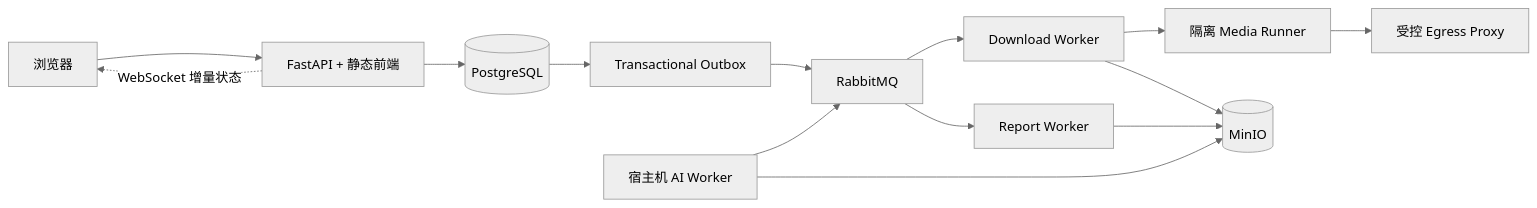
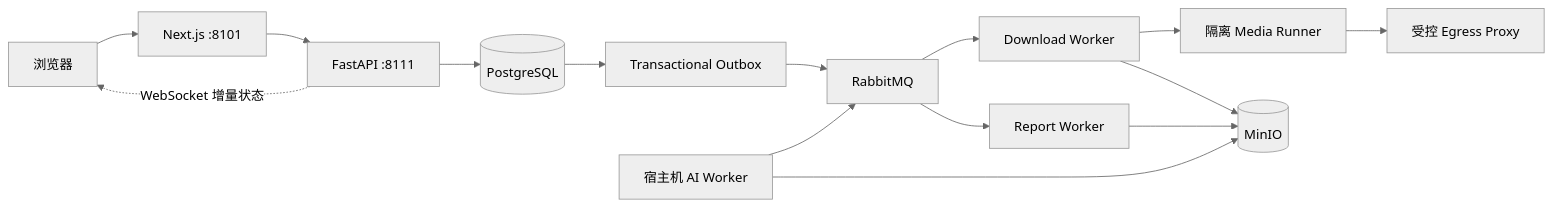
One commit to StephenQiu30/video-server changed the diagram in README.md. Above: the diagram before and after it, drawn with Mermaid (neutral theme). The commit also changed other lines of this file and 29 other files, not shown here.

````diff
--- a/README.md
+++ b/README.md
@@ -159,16 +156,17 @@
 ```mermaid
 flowchart LR
-  Browser[浏览器] --> API[FastAPI + 静态前端]
+  Browser[浏览器] --> Frontend[Next.js :8101]
+  Frontend --> API[FastAPI :8111]
   API --> DB[(PostgreSQL)]
   DB --> Outbox[Transactional Outbox]
   Outbox --> MQ[RabbitMQ]
   MQ --> Download[Download Worker]
   Download --> Runner[隔离 Media Runner]
   Runner --> Proxy[受控 Egress Proxy]
   Download --> Storage[(MinIO)]
   MQ --> Report[Report Worker]
   Report --> Storage
   HostAI[宿主机 AI Worker] --> MQ
   HostAI --> Storage
   API -. WebSocket 增量状态 .-> Browser
 ```
````
